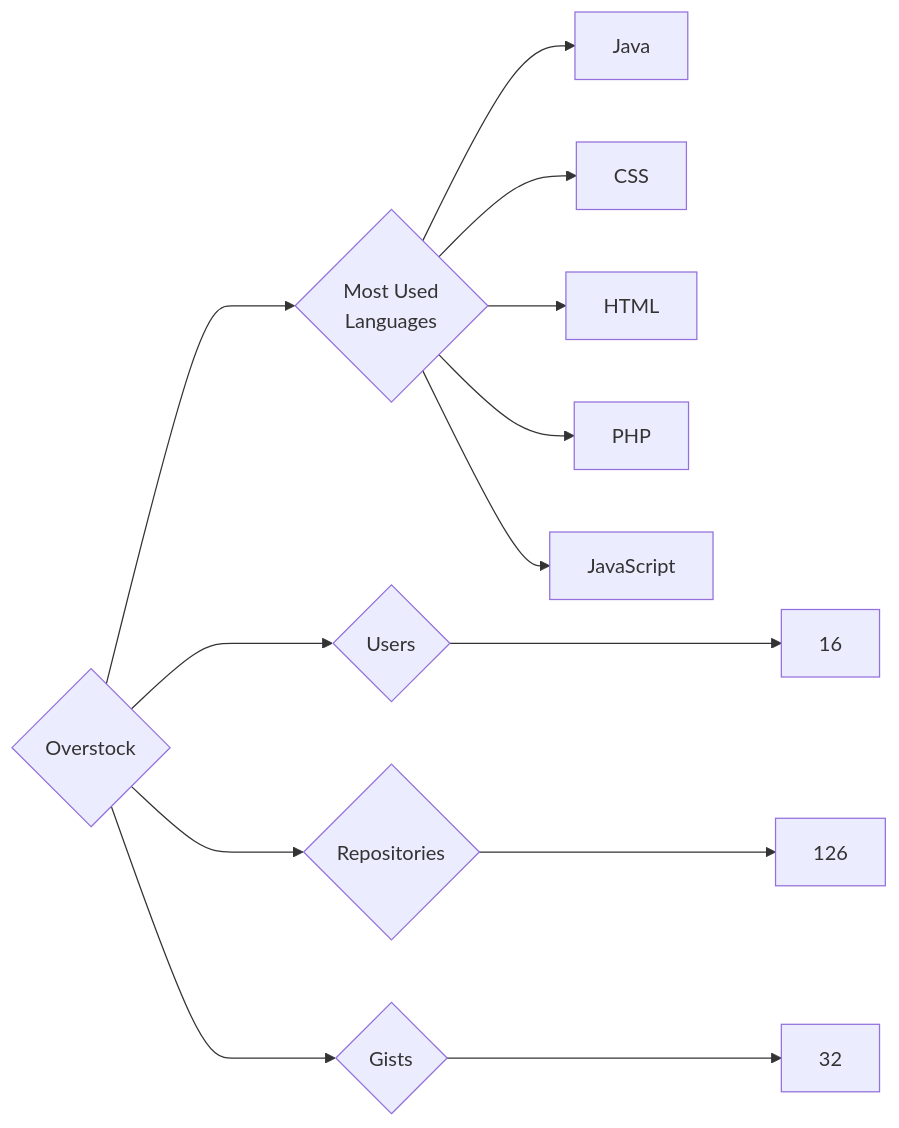
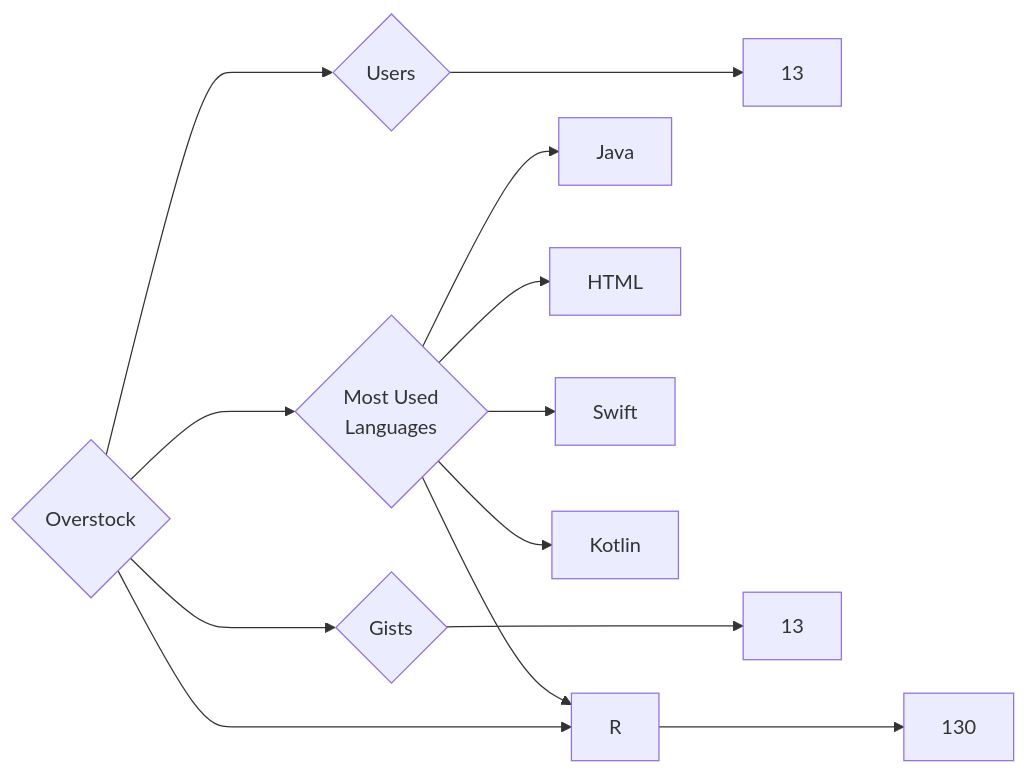
One commit to trickest/insiders changed the diagram in targets/Overstock/README.md. Above: the diagram before and after it, drawn with Mermaid. The commit also changed 976 other files, not shown here.

````diff
--- a/targets/Overstock/README.md
+++ b/targets/Overstock/README.md
@@ -3,13 +3,13 @@
 ```mermaid
 graph LR
 COMPANY_NAME{Overstock}
-COMPANY_NAME ---> U{Users} ---> UN[16]
-COMPANY_NAME ---> R{Repositories} ---> RN[126]
-COMPANY_NAME ---> G{Gists} ---> GN[32]
+COMPANY_NAME ---> U{Users} ---> UN[13]
+COMPANY_NAME ---> R{Repositories} ---> RN[130]
+COMPANY_NAME ---> G{Gists} ---> GN[13]
 COMPANY_NAME ---> ML{Most Used<br>Languages}
 ML --> Java[Java]
-ML --> CSS[CSS]
 ML --> HTML[HTML]
-ML --> PHP[PHP]
-ML --> JavaScript[JavaScript]
+ML --> R[R]
+ML --> Swift[Swift]
+ML --> Kotlin[Kotlin]
 ```
````
